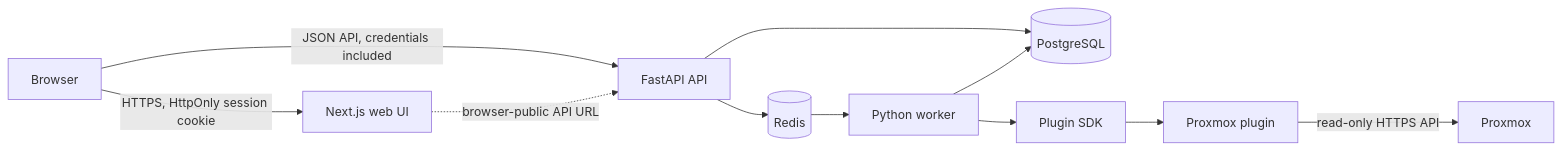
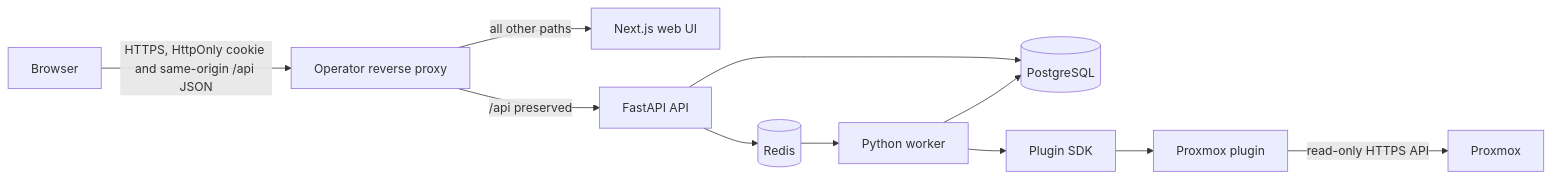
Before and after one commit to benchristian88/atlas: the diagram in docs/architecture/architecture-v0.md, drawn with Mermaid. The commit also changed other lines of this file and 20 other files, not shown here.

Commit message:
single origin api update

````diff
--- a/docs/architecture/architecture-v0.md
+++ b/docs/architecture/architecture-v0.md
@@ -11,13 +11,13 @@
 ```mermaid
 flowchart LR
-    Browser[Browser] -->|HTTPS, HttpOnly session cookie| Web[Next.js web UI]
-    Browser -->|JSON API, credentials included| API[FastAPI API]
-    Web -. browser-public API URL .-> API
+    Browser[Browser] -->|HTTPS, HttpOnly cookie and same-origin /api JSON| Proxy[Operator reverse proxy]
+    Proxy -->|all other paths| Web[Next.js web UI]
+    Proxy -->|/api preserved| API[FastAPI API]
     API --> DB[(PostgreSQL)]
     API --> Redis[(Redis)]
     Redis --> Worker[Python worker]
     Worker --> SDK[Plugin SDK]
     SDK --> Proxmox[Proxmox plugin]
     Proxmox -->|read-only HTTPS API| PVE[Proxmox]
     Worker --> DB
 ```
````
